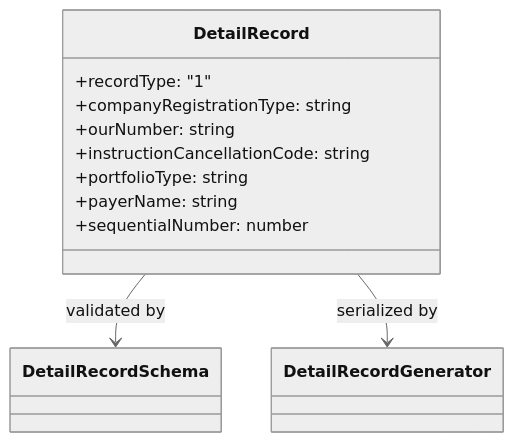
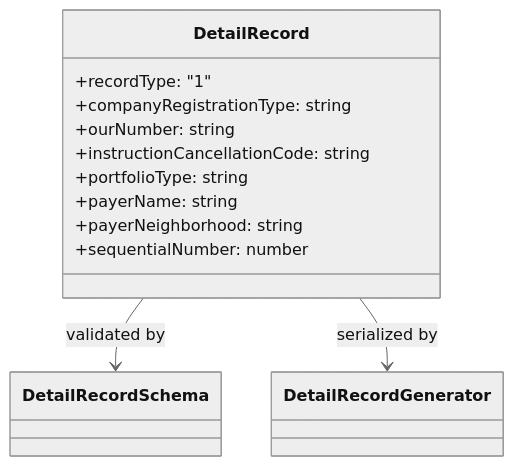
Before and after one commit to linkiez/BoletoSDK: the diagram in src/types/cnab400/DetailRecord.doc.md, drawn with Mermaid (neutral theme). The commit also changed other lines of this file and 15 other files, not shown here.

````diff
--- a/src/types/cnab400/DetailRecord.doc.md
+++ b/src/types/cnab400/DetailRecord.doc.md
@@ -21,14 +21,15 @@
 ```mermaid
 classDiagram
   class DetailRecord {
     +recordType: "1"
     +companyRegistrationType: string
     +ourNumber: string
     +instructionCancellationCode: string
     +portfolioType: string
     +payerName: string
+    +payerNeighborhood: string
     +sequentialNumber: number
   }
   DetailRecord --> DetailRecordSchema : validated by
   DetailRecord --> DetailRecordGenerator : serialized by
 ```
````
